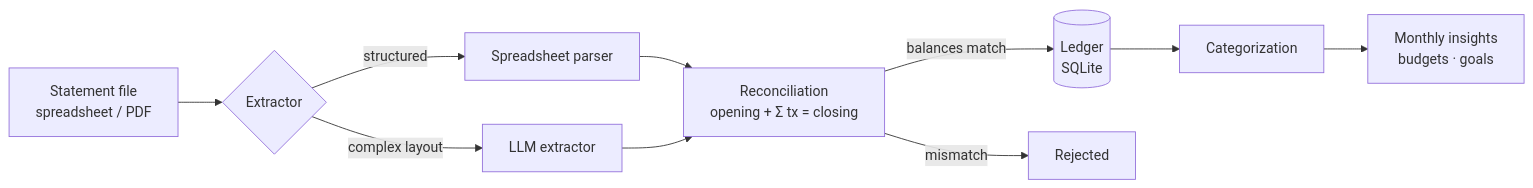
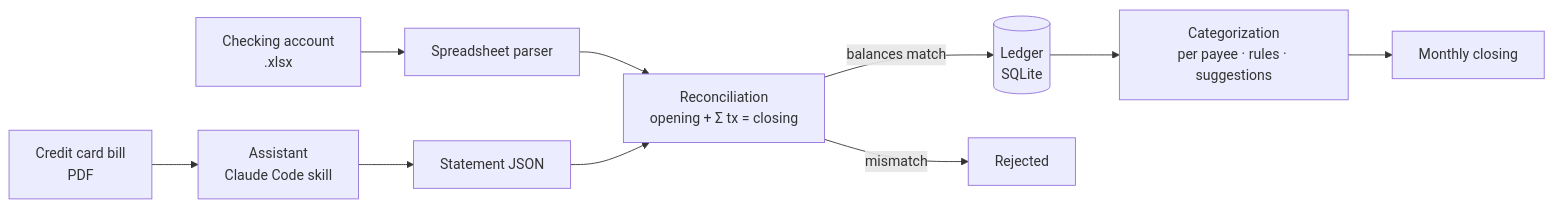
Before and after one commit to LSAndrad/fproject: the diagram in README.md, drawn with Mermaid. The commit also changed other lines of this file and 8 other files, not shown here.

````diff
--- a/README.md
+++ b/README.md
@@ -20,11 +20,10 @@
 ```mermaid
 flowchart LR
-    F[Statement file<br/>spreadsheet / PDF] --> X{Extractor}
-    X -->|structured| S[Spreadsheet parser]
-    X -->|complex layout| L[LLM extractor]
-    S & L --> R[Reconciliation<br/>opening + Σ tx = closing]
+    X[Checking account<br/>.xlsx] --> S[Spreadsheet parser]
+    P[Credit card bill<br/>PDF] --> A[Assistant<br/>Claude Code skill] --> J[Statement JSON]
+    S & J --> R[Reconciliation<br/>opening + Σ tx = closing]
     R -->|balances match| DB[(Ledger<br/>SQLite)]
     R -->|mismatch| E[Rejected]
-    DB --> C[Categorization]
-    C --> A[Monthly insights<br/>budgets · goals]
+    DB --> C[Categorization<br/>per payee · rules · suggestions]
+    C --> M[Monthly closing]
 ```
````
